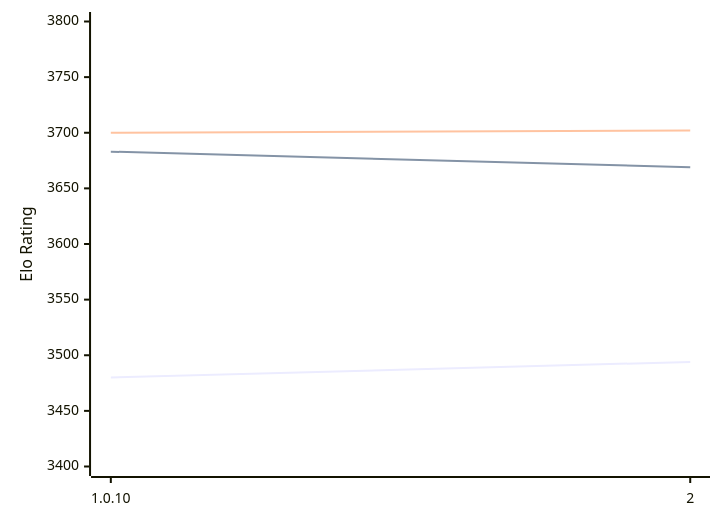
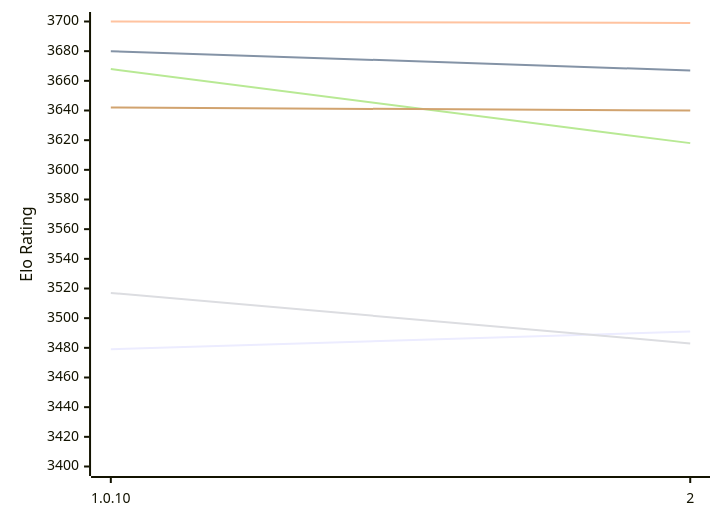
The diagram in engines/8Chess.md (computer-chess-index/cci), drawn with Mermaid before and after one commit. The commit also changed other lines of this file, not shown here.

Commit message:
Update CCI Ratings (ELO VLTC) - 2026-11-23

````diff
--- a/engines/8Chess.md
+++ b/engines/8Chess.md
@@ -48,12 +49,12 @@
 ```mermaid
 %%{init: {"theme":"base","themeVariables":{"seriesColors:['#a3a3a3','#222221','#faa371']}}}%%
 xychart-beta
   x-axis ["1.0.10", "2"]
-  y-axis "Elo Rating" 3400 --> 3800
-  line "E1: STC (8.0+0.08s)" [3480, 3494]
-  line "E1: LTC (60.0+0.60s)" [3683, 3669]
-  line "E1: VLTC (2m24s+1.12s)" [3700, 3702]
-  line "P1: STC (8.0+0.08s)" [3476]
-  line "P1: LTC (60.0+0.60s)" [3613]
-  line "P1: VLTC (2m24s+1.12s)" [3633]
+  y-axis "Elo Rating" 3400 --> 3700
+  line "E1: STC (8.0+0.08s)" [3479, 3491]
+  line "E1: LTC (60.0+0.60s)" [3680, 3667]
+  line "E1: VLTC (2m24s+1.12s)" [3700, 3699]
+  line "P1: STC (8.0+0.08s)" [3517, 3483]
+  line "P1: LTC (60.0+0.60s)" [3668, 3618]
+  line "P1: VLTC (2m24s+1.12s)" [3642, 3640]
 ```
````
